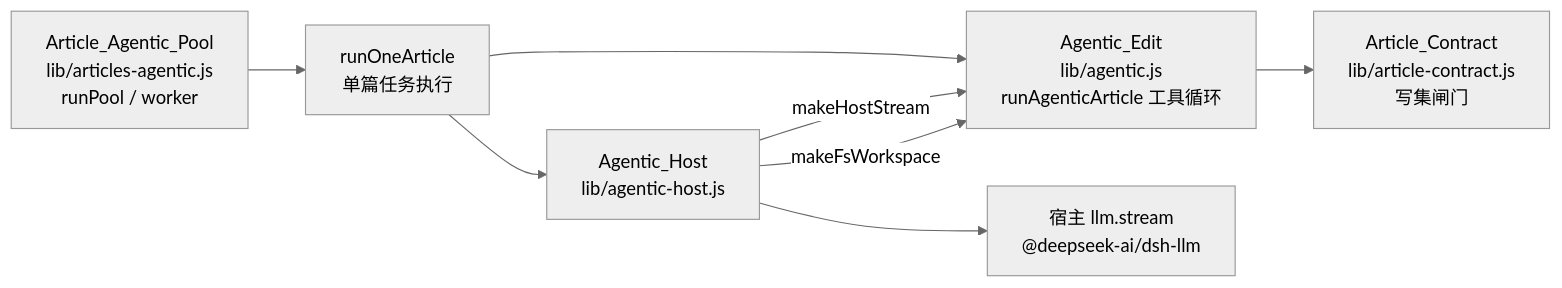
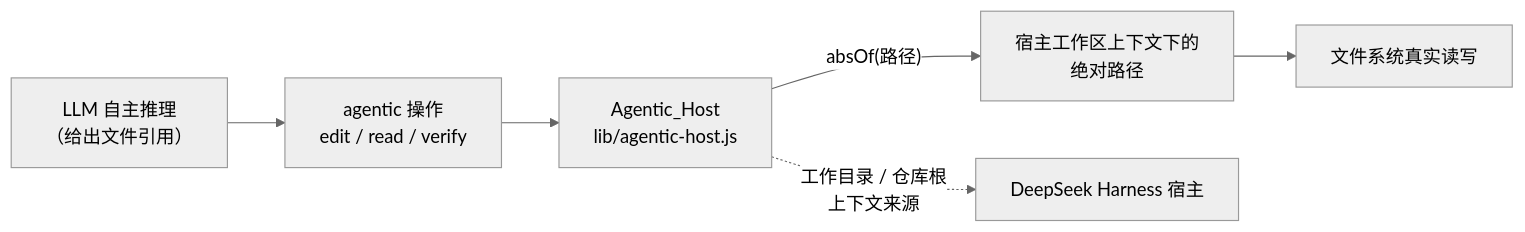
One commit to ikliml666/dsh-codewiki changed the first of 4 diagrams in .codewiki/_techdocs/docs/Agentic_Host.md. Above: the diagram before and after it, drawn with Mermaid (neutral theme). The commit also changed other lines of this file and 70 other files, not shown here.

````diff
--- a/.codewiki/_techdocs/docs/Agentic_Host.md
+++ b/.codewiki/_techdocs/docs/Agentic_Host.md
@@ -28,10 +40,8 @@
 ```mermaid
 flowchart LR
-  POOL["Article_Agentic_Pool<br/>lib/articles-agentic.js<br/>runPool / worker"] --> RUN["runOneArticle<br/>单篇任务执行"]
-  RUN --> AGENT["Agentic_Edit<br/>lib/agentic.js<br/>runAgenticArticle 工具循环"]
-  RUN --> HOST["Agentic_Host<br/>lib/agentic-host.js"]
-  HOST -->|"makeHostStream"| AGENT
-  HOST -->|"makeFsWorkspace"| AGENT
-  HOST --> LLM["宿主 llm.stream<br/>@deepseek-ai/dsh-llm"]
-  AGENT --> WRITE["Article_Contract<br/>lib/article-contract.js<br/>写集闸门"]
+    Model["LLM 自主推理<br/>（给出文件引用）"] --> AgenticOp["agentic 操作<br/>edit / read / verify"]
+    AgenticOp --> Host["Agentic_Host<br/>lib/agentic-host.js"]
+    Host -->|"absOf(路径)"| Abs["宿主工作区上下文下的<br/>绝对路径"]
+    Abs --> FS["文件系统真实读写"]
+    Host -.->|"工作目录 / 仓库根<br/>上下文来源"| DSH["DeepSeek Harness 宿主"]
 ```
````
